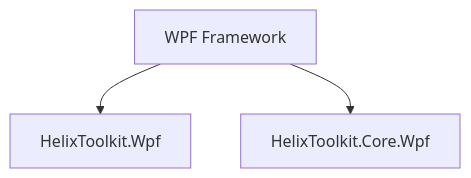
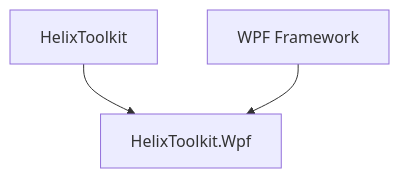
Before and after one commit to helix-toolkit/helix-toolkit: the first of 2 diagrams in README.md, drawn with Mermaid. The commit also changed other lines of this file and 5 other files, not shown here.

````diff
--- a/README.md
+++ b/README.md
@@ -76,5 +63,5 @@
 ```mermaid
 graph TD
-    wpf[WPF Framework] --> hxWpf[HelixToolkit.Wpf]
-    wpf --> hxCoreWpf[HelixToolkit.Core.Wpf]
+    hx[HelixToolkit] --> hxWpf[HelixToolkit.Wpf]
+    wpf[WPF Framework] --> hxWpf
 ```
````
